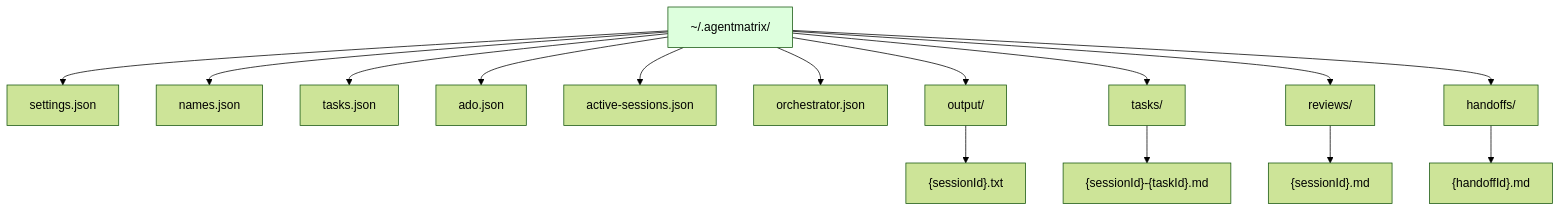
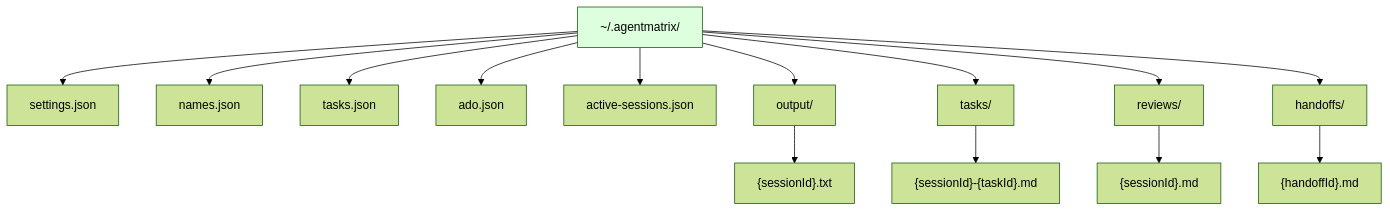
The first of 2 diagrams in docs/design/state-storage-layout.md (Nahom-Kefelegne/AgentMatrix), drawn with Mermaid (forest theme) before and after one commit. The commit also changed other lines of this file and 69 other files, not shown here.

````diff
--- a/docs/design/state-storage-layout.md
+++ b/docs/design/state-storage-layout.md
@@ -42,19 +41,18 @@
 ```mermaid
 graph TD
   Root["~/.agentmatrix/"]
   Root --> S[settings.json]
   Root --> N[names.json]
   Root --> T[tasks.json]
   Root --> A[ado.json]
   Root --> AS[active-sessions.json]
-  Root --> O[orchestrator.json]
   Root --> OD[output/]
   Root --> TD[tasks/]
   Root --> RD[reviews/]
   Root --> HD[handoffs/]
   OD --> OF["{sessionId}.txt"]
   TD --> TF["{sessionId}-{taskId}.md"]
   RD --> RF["{sessionId}.md"]
   HD --> HF["{handoffId}.md"]
   style Root fill:#dfd
 ```
````
